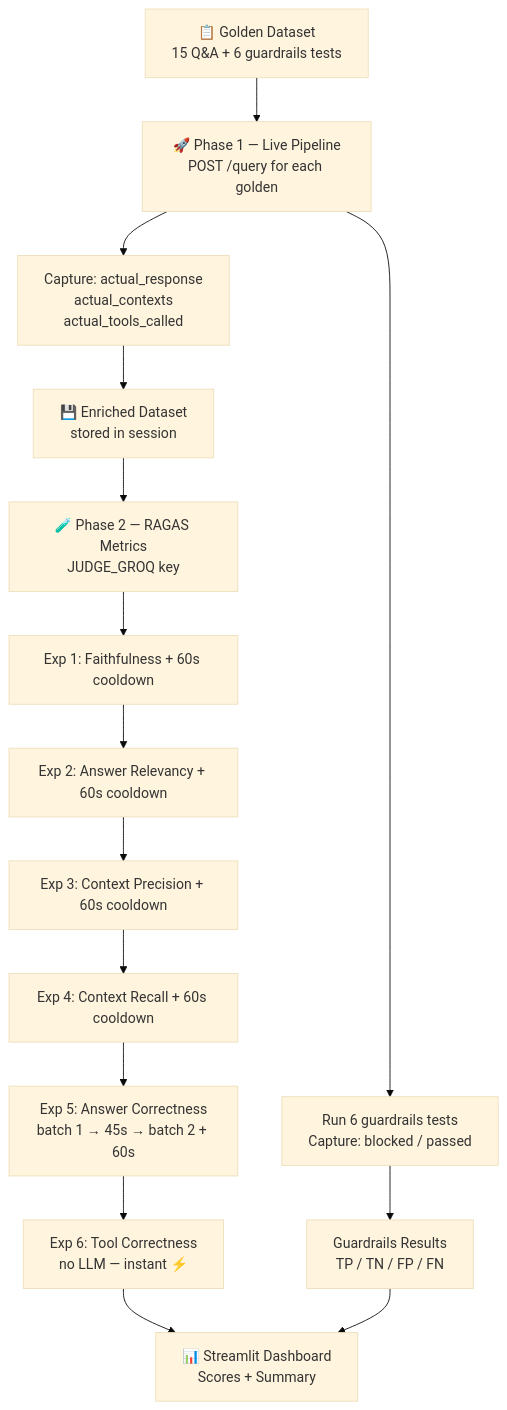
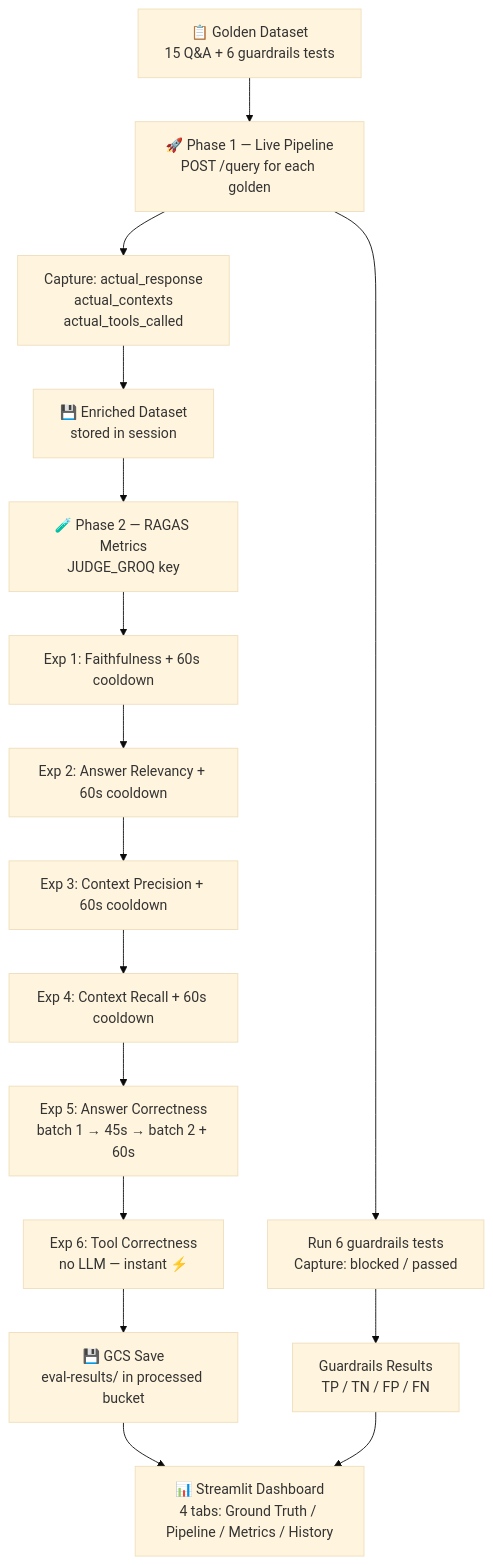
One commit to d-hackmt/enterprise-rag-with-guardrails-gateways-evals changed the diagram in DOCS/18_EVALS_PIPELINE.md. Above: the diagram before and after it, drawn with Mermaid (base theme). The commit also changed other lines of this file and 60 other files, not shown here.

Commit message:
Scalable architecture

````diff
--- a/DOCS/18_EVALS_PIPELINE.md
+++ b/DOCS/18_EVALS_PIPELINE.md
@@ -79,22 +79,23 @@
 ```mermaid
 flowchart TD
     A[📋 Golden Dataset\n15 Q&A + 6 guardrails tests] --> B
 
     B[🚀 Phase 1 — Live Pipeline\nPOST /query for each golden]
     B --> C[Capture: actual_response\nactual_contexts\nactual_tools_called]
     B --> D[Run 6 guardrails tests\nCapture: blocked / passed]
 
     C --> E[💾 Enriched Dataset\nstored in session]
     D --> F[Guardrails Results\nTP / TN / FP / FN]
 
     E --> G[🧪 Phase 2 — RAGAS Metrics\nJUDGE_GROQ key]
     G --> H[Exp 1: Faithfulness + 60s cooldown]
     H --> I[Exp 2: Answer Relevancy + 60s cooldown]
     I --> J[Exp 3: Context Precision + 60s cooldown]
     J --> K[Exp 4: Context Recall + 60s cooldown]
     K --> L[Exp 5: Answer Correctness\nbatch 1 → 45s → batch 2 + 60s]
     L --> M[Exp 6: Tool Correctness\nno LLM — instant ⚡]
 
-    M --> N[📊 Streamlit Dashboard\nScores + Summary]
-    F --> N
+    M --> N[💾 GCS Save\neval-results/ in processed bucket]
+    N --> O[📊 Streamlit Dashboard\n4 tabs: Ground Truth / Pipeline / Metrics / History]
+    F --> O
 ```
````
